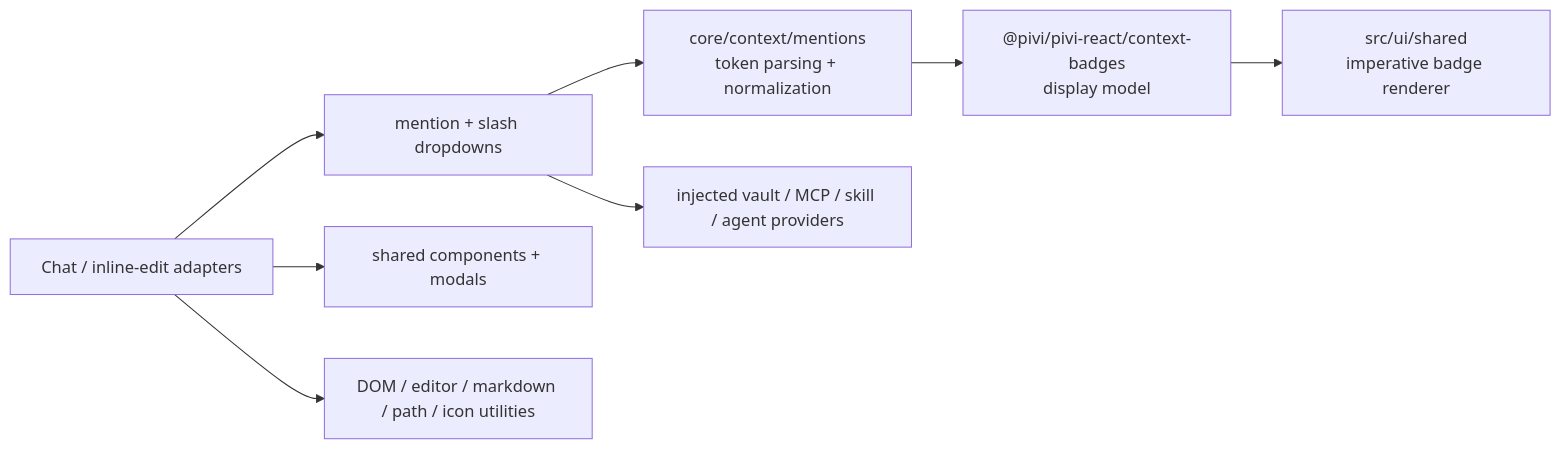
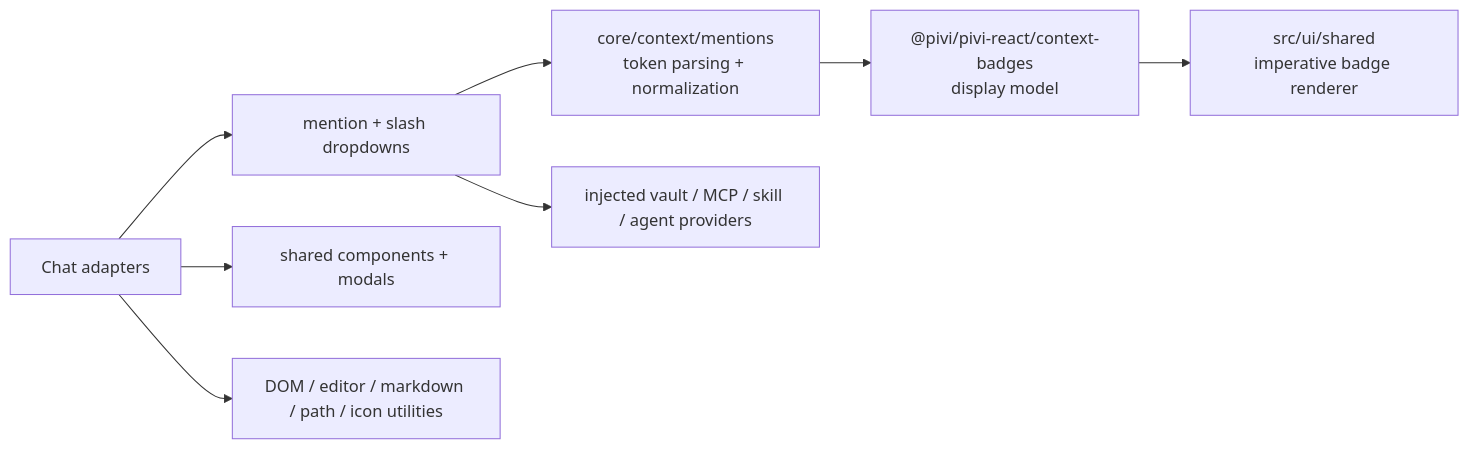
Before and after one commit to shuuul/obsidian-pivi: the diagram in src/ui/shared/AGENTS.md, drawn with Mermaid. The commit also changed other lines of this file and 70 other files, not shown here.

First line of the commit message:
refactor(editor): remove inline edit

````diff
--- a/src/ui/shared/AGENTS.md
+++ b/src/ui/shared/AGENTS.md
@@ -11,10 +11,10 @@
 ```mermaid
 flowchart LR
-  Consumers["Chat / inline-edit adapters"] --> Inputs["mention + slash dropdowns"]
+  Consumers["Chat adapters"] --> Inputs["mention + slash dropdowns"]
   Inputs --> Parser["core/context/mentions<br/>token parsing + normalization"]
   Parser --> Badges["@pivi/pivi-react/context-badges<br/>display model"]
   Badges --> Renderer["src/ui/shared<br/>imperative badge renderer"]
   Inputs --> Providers["injected vault / MCP / skill / agent providers"]
   Consumers --> Common["shared components + modals"]
   Consumers --> Utils["DOM / editor / markdown / path / icon utilities"]
 ```
````
